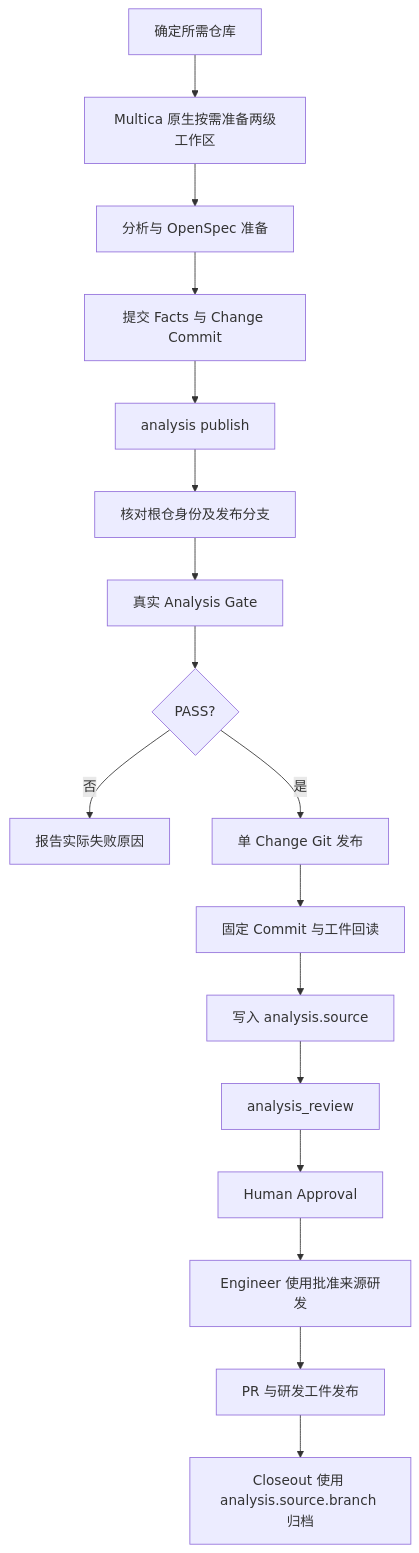
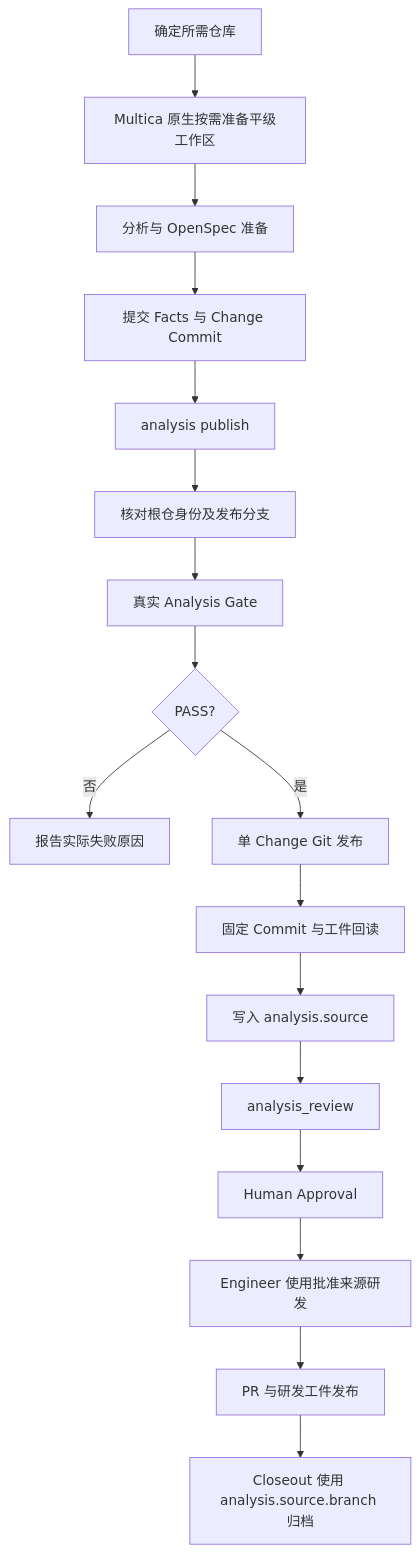
The diagram in 12-native-workspace-consumer-alignment-plan.md (lilei921/winning-platform-rondo), drawn with Mermaid before and after one commit. The commit also changed other lines of this file and 17 other files, not shown here.

````diff
--- a/12-native-workspace-consumer-alignment-plan.md
+++ b/12-native-workspace-consumer-alignment-plan.md
@@ -183,19 +183,19 @@
 ```mermaid
 flowchart TD
-  A[确定所需仓库] --> B[Multica 原生按需准备两级工作区]
+  A[确定所需仓库] --> B[Multica 原生按需准备平级工作区]
   B --> C[分析与 OpenSpec 准备]
   C --> D[提交 Facts 与 Change Commit]
   D --> E[analysis publish]
   E --> F[核对根仓身份及发布分支]
   F --> G[真实 Analysis Gate]
   G --> H{PASS?}
   H -->|否| X[报告实际失败原因]
   H -->|是| I[单 Change Git 发布]
   I --> J[固定 Commit 与工件回读]
   J --> K[写入 analysis.source]
   K --> L[analysis_review]
   L --> M[Human Approval]
   M --> N[Engineer 使用批准来源研发]
   N --> O[PR 与研发工件发布]
   O --> P[Closeout 使用 analysis.source.branch 归档]
 ```
````
